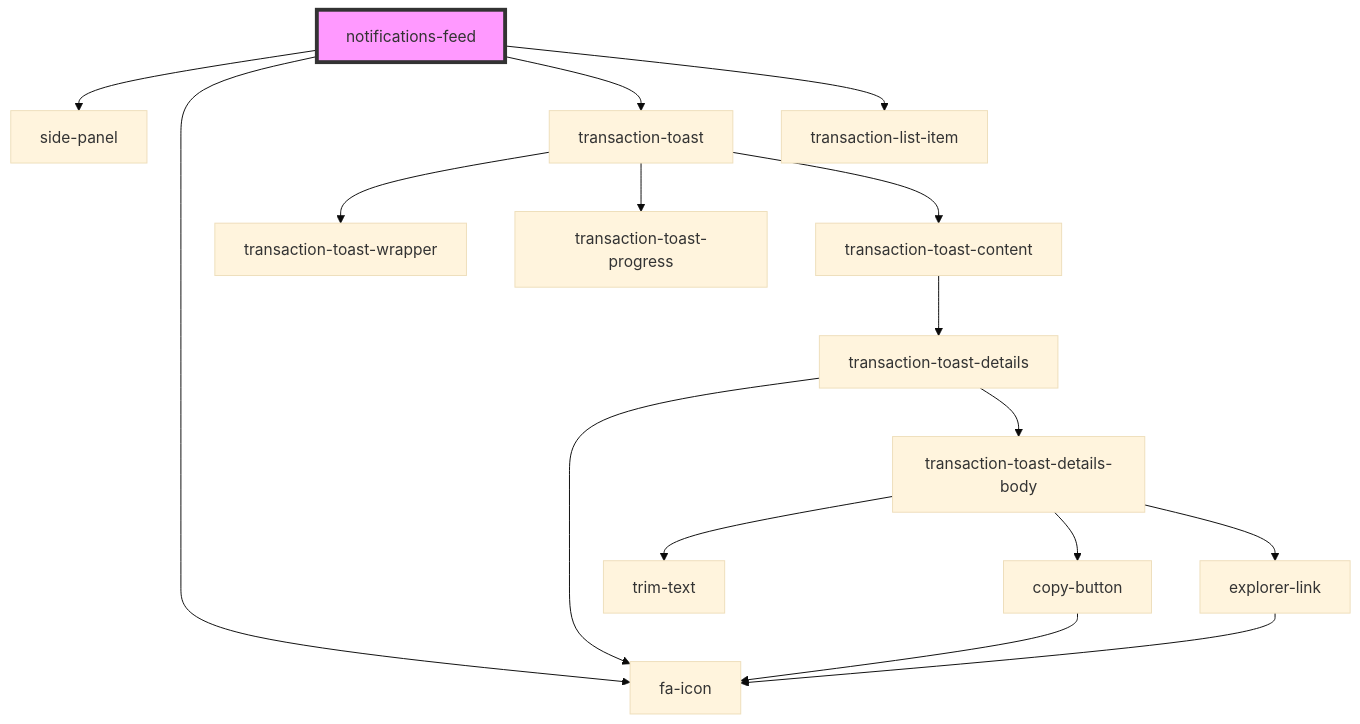
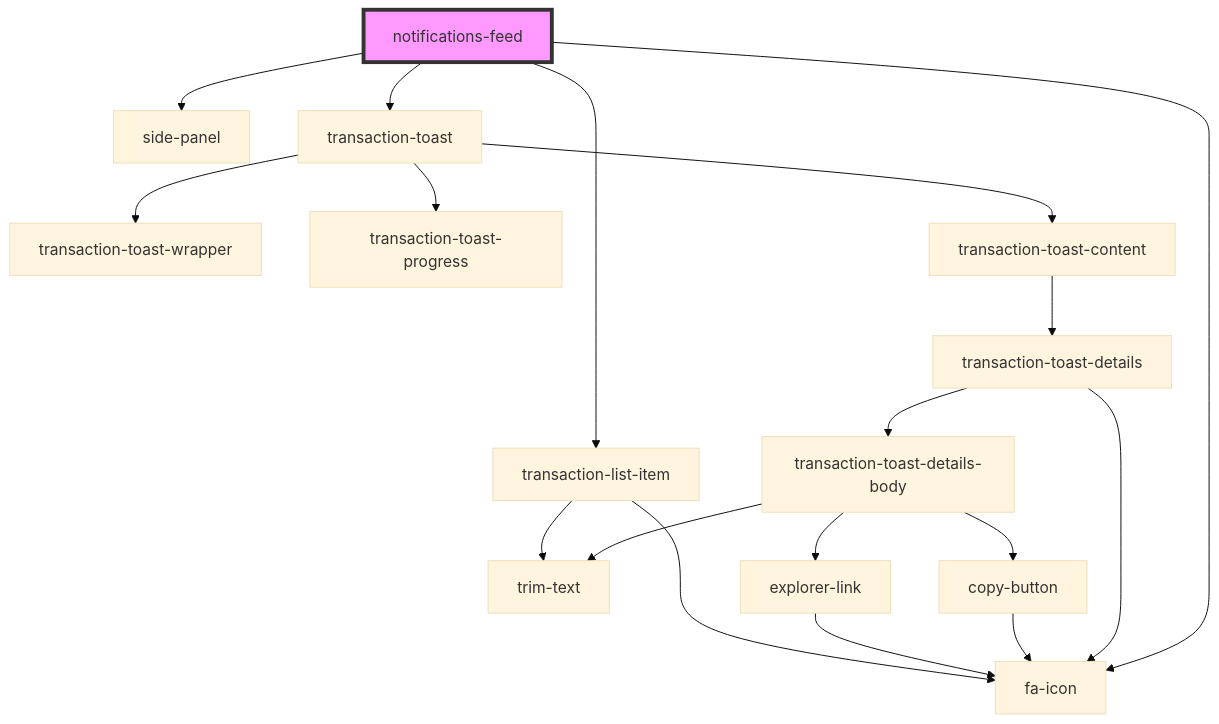
One commit to multiversx/mx-sdk-dapp-ui changed the diagram in src/components/functional/notifications-feed/readme.md. Above: the diagram before and after it, drawn with Mermaid (base theme). The commit also changed 8 other files, not shown here.

````diff
--- a/src/components/functional/notifications-feed/readme.md
+++ b/src/components/functional/notifications-feed/readme.md
@@ -31,19 +31,21 @@
 ```mermaid
 graph TD;
   notifications-feed --> side-panel
   notifications-feed --> fa-icon
   notifications-feed --> transaction-toast
   notifications-feed --> transaction-list-item
   transaction-toast --> transaction-toast-wrapper
   transaction-toast --> transaction-toast-progress
   transaction-toast --> transaction-toast-content
   transaction-toast-content --> transaction-toast-details
   transaction-toast-details --> fa-icon
   transaction-toast-details --> transaction-toast-details-body
   transaction-toast-details-body --> trim-text
   transaction-toast-details-body --> copy-button
   transaction-toast-details-body --> explorer-link
   copy-button --> fa-icon
   explorer-link --> fa-icon
+  transaction-list-item --> fa-icon
+  transaction-list-item --> trim-text
   style notifications-feed fill:#f9f,stroke:#333,stroke-width:4px
 ```
````
